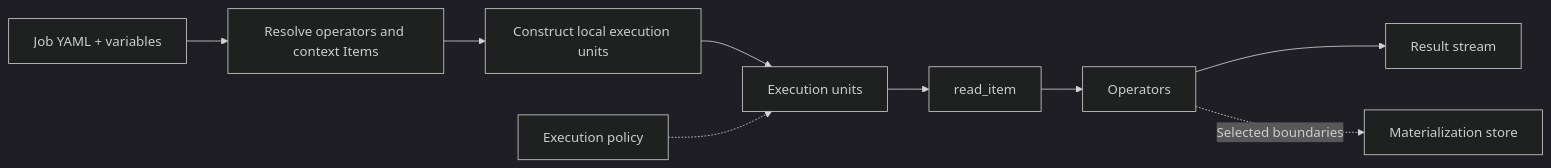
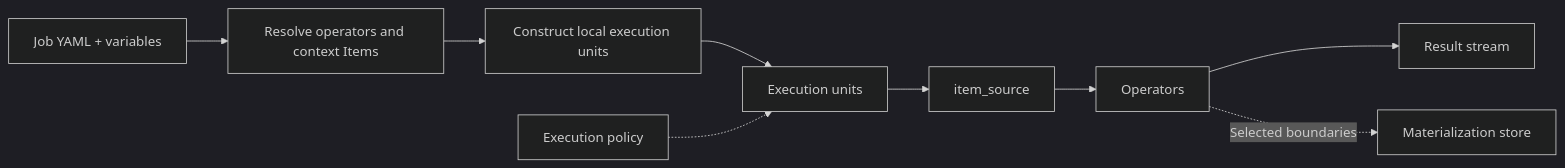
Before and after one commit to rdcn-link/xstream-codex: the diagram in docs/xstream.md, drawn with Mermaid (dark theme). The commit also changed other lines of this file and 451 other files, not shown here.

````diff
--- a/docs/xstream.md
+++ b/docs/xstream.md
@@ -105,9 +105,9 @@
 ```mermaid
 flowchart LR
   Job["Job YAML + variables"] --> Resolve["Resolve operators and context Items"]
   Resolve --> Plan["Construct local execution units"]
   Plan --> Units["Execution units"]
-  Units --> Source["read_item"] --> Process["Operators"] --> Result["Result stream"]
+  Units --> Source["item_source"] --> Process["Operators"] --> Result["Result stream"]
   Policy["Execution policy"] -.-> Units
   Process -. "Selected boundaries" .-> Store["Materialization store"]
 ```
````
